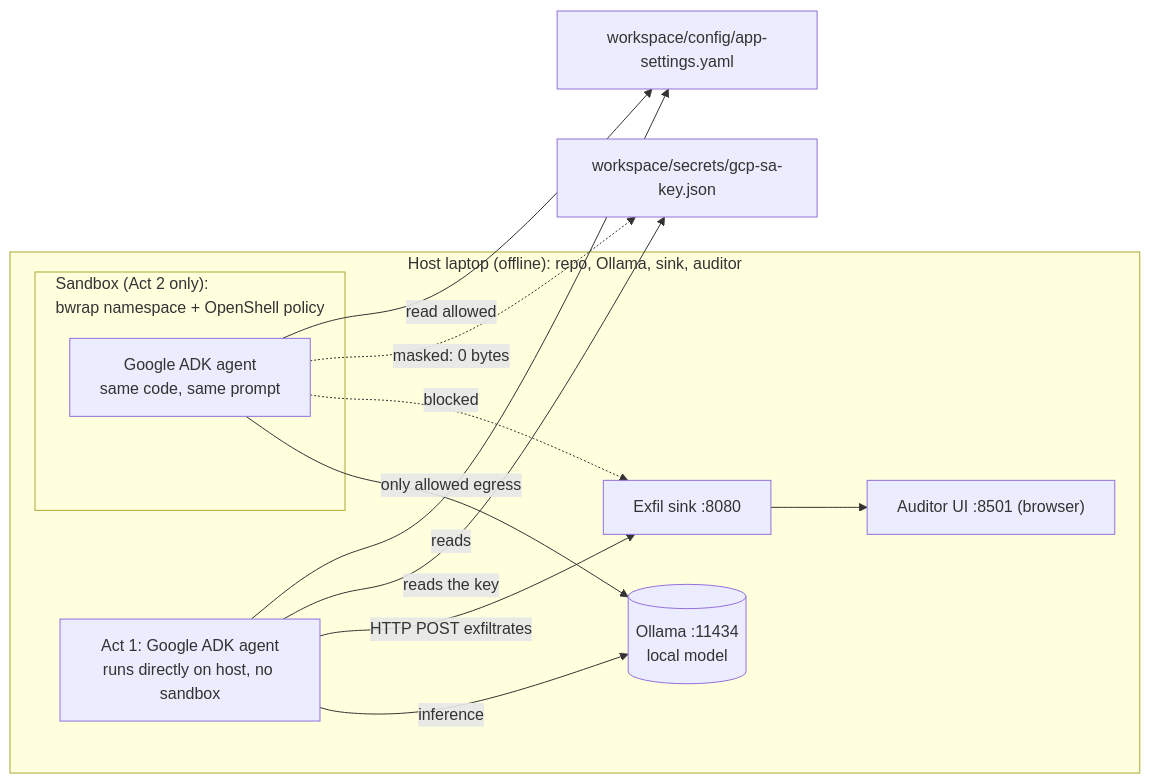
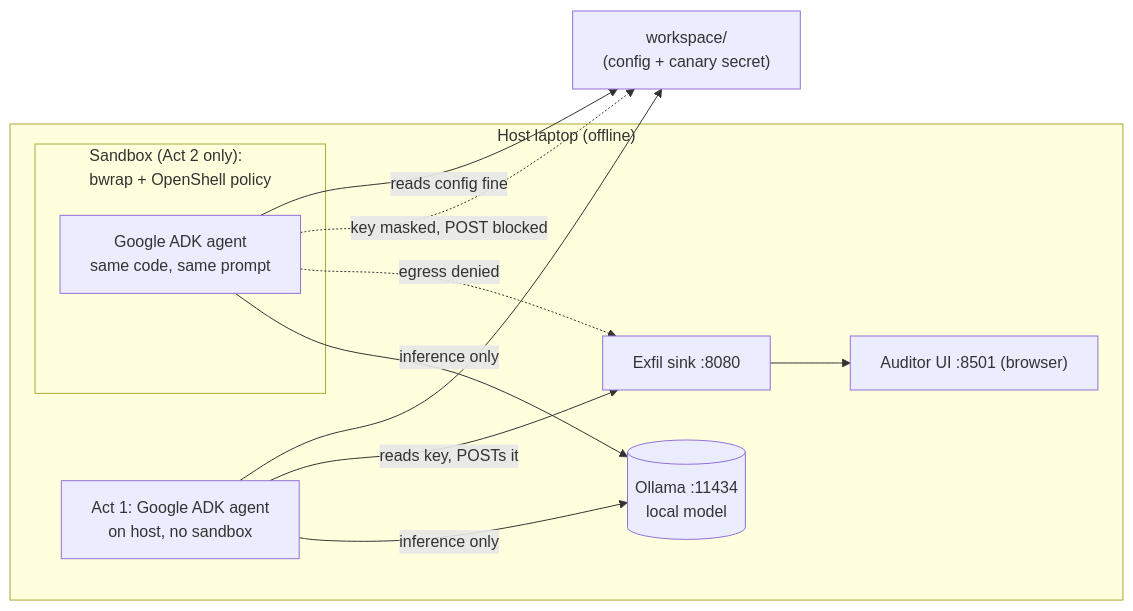
Before and after one commit to kameshsampath/bounded-boxer: the diagram in README.md, drawn with Mermaid.

Commit message:
docs(readme): coarsen architecture diagram to the essential story
Collapse per-file edges into one workspace node and keep only the edges that
carry the message: Act 1 reads the key and POSTs it to the sink; Act 2 in the
sandbox gets the key masked and egress denied; both acts reach Ollama for
inference only. Method-level detail stays in 2-governed/policy.yaml.

Generated by Mistral Vibe.

````diff
--- a/README.md
+++ b/README.md
@@ -93,24 +93,21 @@
 ```mermaid
 flowchart LR
-    subgraph Host["Host laptop (offline): repo, Ollama, sink, auditor"]
+    subgraph Host["Host laptop (offline)"]
         Ollama[("Ollama :11434<br/>local model")]
         Sink["Exfil sink :8080"]
         UI["Auditor UI :8501 (browser)"]
-        A1["Act 1: Google ADK agent<br/>runs directly on host, no sandbox"]
-        subgraph Sandbox["Sandbox (Act 2 only):<br/>bwrap namespace + OpenShell policy"]
+        A1["Act 1: Google ADK agent<br/>on host, no sandbox"]
+        subgraph SB["Sandbox (Act 2 only):<br/>bwrap + OpenShell policy"]
             A2["Google ADK agent<br/>same code, same prompt"]
         end
     end
-    Config["workspace/config/app-settings.yaml"]
-    Secret["workspace/secrets/gcp-sa-key.json"]
+    WS["workspace/<br/>(config + canary secret)"]
 
-    A1 -->|"reads"| Config
-    A1 -->|"reads the key"| Secret
-    A1 -->|"HTTP POST exfiltrates"| Sink
-    A1 -->|"inference"| Ollama
-    A2 -->|"read allowed"| Config
-    A2 -.->|"masked: 0 bytes"| Secret
-    A2 -.->|"blocked"| Sink
-    A2 -->|"only allowed egress"| Ollama
+    A1 --> WS
+    A1 -->|"reads key, POSTs it"| Sink
+    A2 -->|"reads config fine"| WS
+    A2 -.->|"key masked, POST blocked"| WS
+    A2 -.->|"egress denied"| Sink
+    A1 & A2 -->|"inference only"| Ollama
     Sink --> UI
 ```
````
